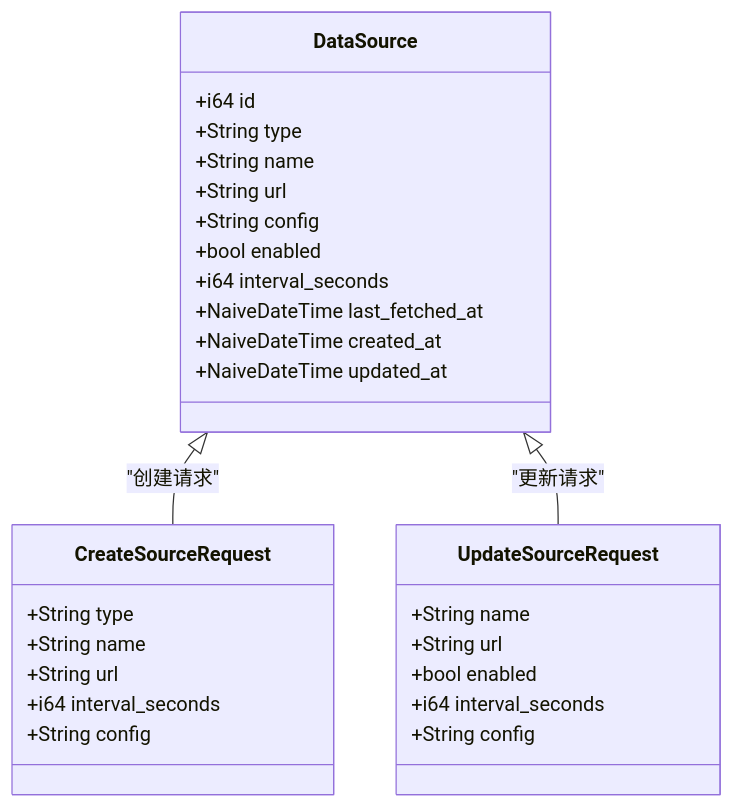
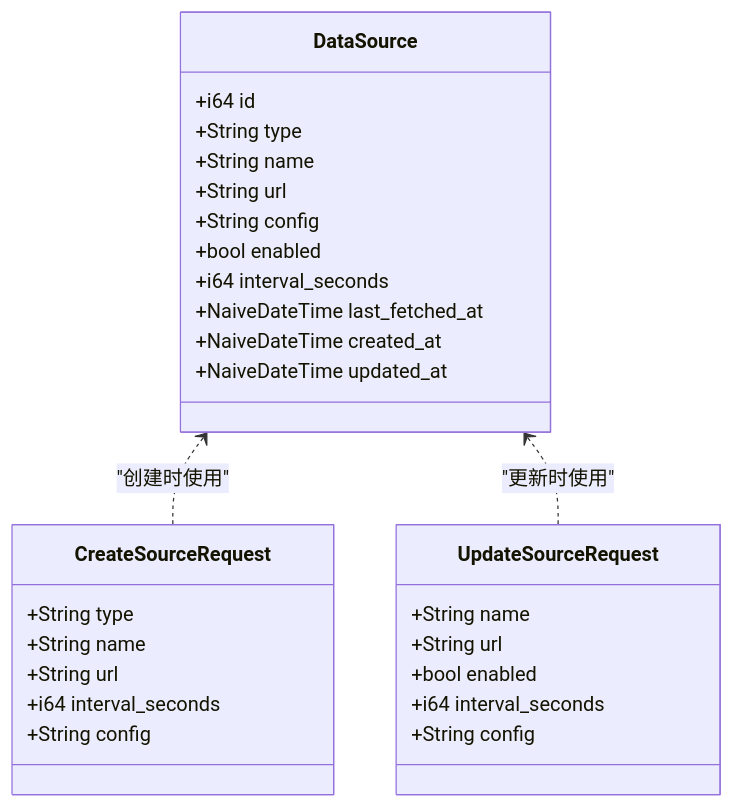
Before and after one commit to leimu-hue/AI-Trend-Tool: the third of 6 diagrams in .qoder/repowiki/zh/content/API接口文档/数据源管理API.md, drawn with Mermaid. The commit also changed other lines of this file and 118 other files, not shown here.

````diff
--- a/.qoder/repowiki/zh/content/API接口文档/数据源管理API.md
+++ b/.qoder/repowiki/zh/content/API接口文档/数据源管理API.md
@@ -130,31 +149,31 @@
 ```mermaid
 classDiagram
 class DataSource {
 +i64 id
 +String type
 +String name
 +String url
 +String config
 +bool enabled
 +i64 interval_seconds
 +NaiveDateTime last_fetched_at
 +NaiveDateTime created_at
 +NaiveDateTime updated_at
 }
 class CreateSourceRequest {
 +String type
 +String name
 +String url
 +i64 interval_seconds
 +String config
 }
 class UpdateSourceRequest {
 +String name
 +String url
 +bool enabled
 +i64 interval_seconds
 +String config
 }
-DataSource <|-- CreateSourceRequest : "创建请求"
-DataSource <|-- UpdateSourceRequest : "更新请求"
+DataSource <.. CreateSourceRequest : "创建时使用"
+DataSource <.. UpdateSourceRequest : "更新时使用"
 ```
````
